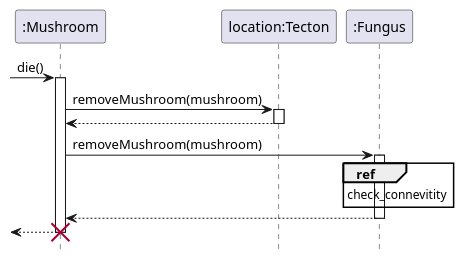
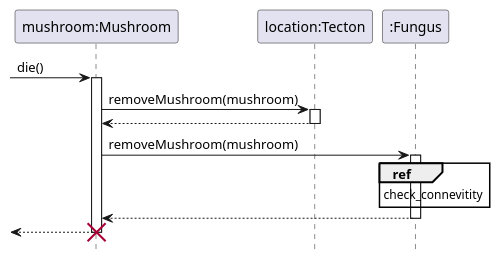
The diagram in Mushroom/mushroom-death.pu (ZD4ve/projlab-error521), drawn with PlantUML before and after one commit. The commit also changed 3 other files, not shown here.

```diff
--- a/Mushroom/mushroom-death.pu
+++ b/Mushroom/mushroom-death.pu
@@ -1,26 +1,26 @@
 @startuml Mushroom/mushroom-death
 hide footbox
 
-participant ":Mushroom" as mushroom
+participant "mushroom:Mushroom" as mushroom
 participant "location:Tecton" as location
 participant ":Fungus" as fungus
 
 'TODO self to self?
 -> mushroom : die()
 activate mushroom
 
 mushroom -> location : removeMushroom(mushroom)
 activate location
 return
 
 mushroom -> fungus : removeMushroom(mushroom)
 activate fungus
 ref over fungus
     check_connevitity 
 end ref
 return
 
 <-- mushroom
 destroy mushroom
 
 @enduml
```
